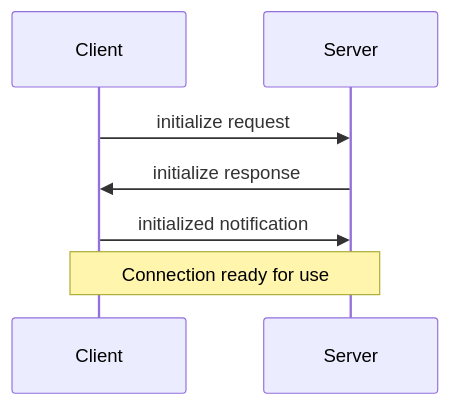
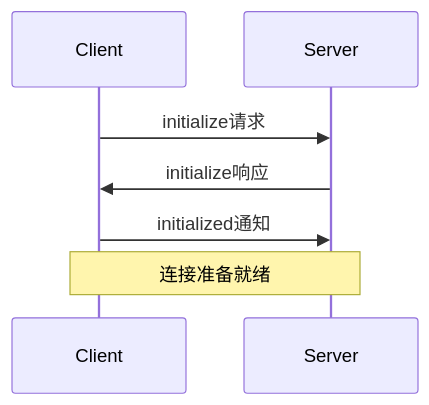
Before and after one commit to kshern/mcpcn-docs: the second of 2 diagrams in docs/concepts/architecture.mdx, drawn with Mermaid. The commit also changed other lines of this file and 33 other files, not shown here.

````diff
--- a/docs/concepts/architecture.mdx
+++ b/docs/concepts/architecture.mdx
@@ -154,11 +154,11 @@
 ```mermaid
 sequenceDiagram
     participant Client
     participant Server
 
-    Client->>Server: initialize request
-    Server->>Client: initialize response
-    Client->>Server: initialized notification
+    Client->>Server: initialize请求
+    Server->>Client: initialize响应
+    Client->>Server: initialized通知
 
-    Note over Client,Server: Connection ready for use
+    Note over Client,Server: 连接准备就绪
 ```
````
